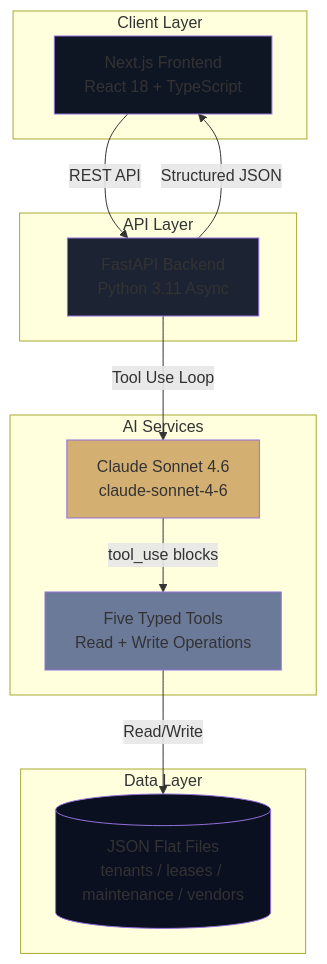
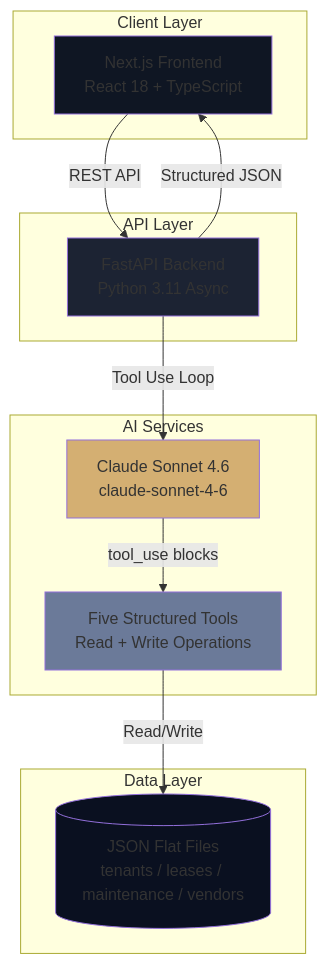
The diagram in README.md (yasshh17/azure-em), drawn with Mermaid before and after one commit. The commit also changed other lines of this file, not shown here.

````diff
--- a/README.md
+++ b/README.md
@@ -118,31 +118,31 @@
 ```mermaid
 graph TB
     subgraph "Client Layer"
         Client[Next.js Frontend<br/>React 18 + TypeScript]
     end
 
     subgraph "API Layer"
         API[FastAPI Backend<br/>Python 3.11 Async]
     end
 
     subgraph "Data Layer"
         DB[(JSON Flat Files<br/>tenants / leases / maintenance / vendors)]
     end
 
     subgraph "AI Services"
         LLM[Claude Sonnet 4.6<br/>claude-sonnet-4-6]
-        Tools[Five Typed Tools<br/>Read + Write Operations]
+        Tools[Five Structured Tools<br/>Read + Write Operations]
     end
 
     Client -->|REST API| API
     API -->|Tool Use Loop| LLM
     LLM -->|tool_use blocks| Tools
     Tools -->|Read/Write| DB
     API -->|Structured JSON| Client
 
     style Client fill:#0F1623
     style API fill:#1C2333
     style DB fill:#0A1020
     style LLM fill:#D4AF72
     style Tools fill:#6B7A99
 ```
````
